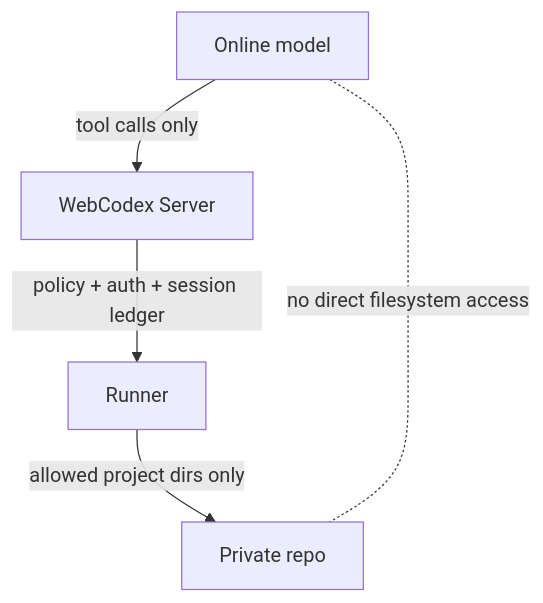
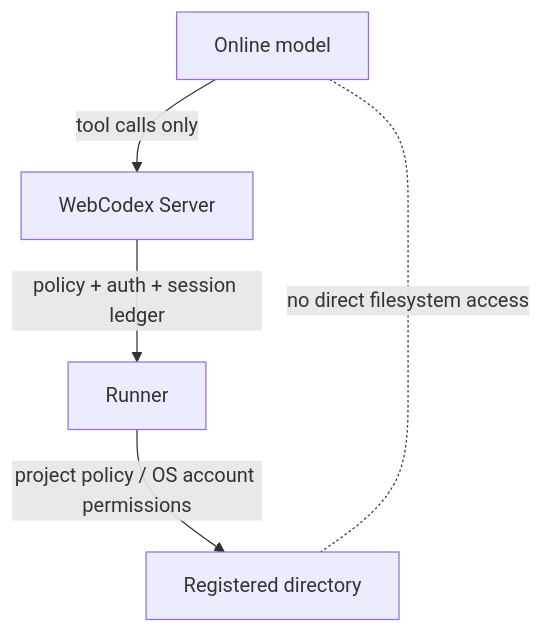
One commit to yyjeqhc/webcodex changed the second of 2 diagrams in docs/ARCHITECTURE.md. Above: the diagram before and after it, drawn with Mermaid. The commit also changed other lines of this file and 19 other files, not shown here.

````diff
--- a/docs/ARCHITECTURE.md
+++ b/docs/ARCHITECTURE.md
@@ -118,7 +125,7 @@
 ```mermaid
 flowchart TD
   M[Online model] -->|tool calls only| S[WebCodex Server]
   S -->|policy + auth + session ledger| R[Runner]
-  R -->|allowed project dirs only| P[Private repo]
+  R -->|project policy / OS account permissions| P[Registered directory]
   M -. no direct filesystem access .- P
 ```
````
